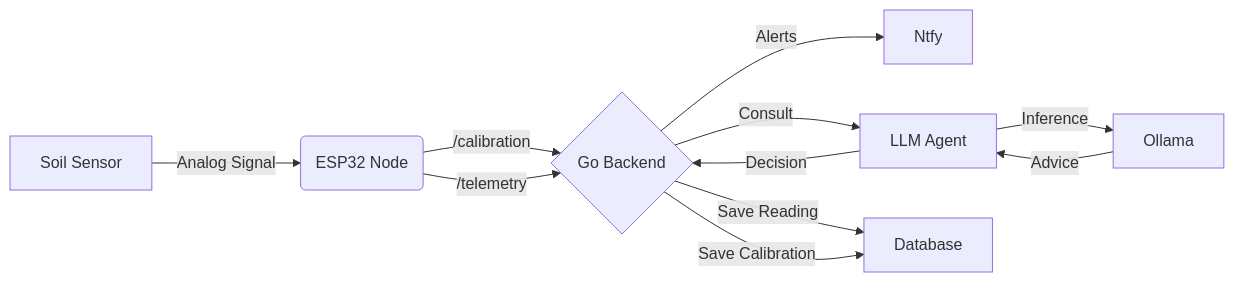
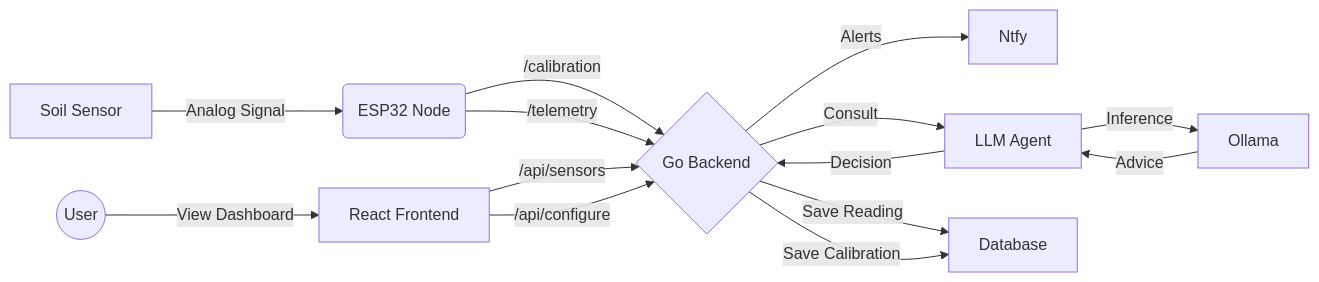
Before and after one commit to nick-moyer/seed-sentinel: the diagram in README.md, drawn with Mermaid. The commit also changed other lines of this file and 27 other files, not shown here.

````diff
--- a/README.md
+++ b/README.md
@@ -37,13 +38,18 @@
 ```mermaid
 graph LR
+    User((User)) -->|View Dashboard| H[React Frontend]
+
     A[Soil Sensor] -->|Analog Signal| B(ESP32 Node)
+
     B -->|/calibration| C{Go Backend}
     B -->|/telemetry| C{Go Backend}
     C -->|Alerts| D[Ntfy]
     C -->|Consult| E[LLM Agent]
     C -->|Save Reading| G[Database]
     C -->|Save Calibration| G[Database]
     E -->|Inference| F[Ollama]
     F -->|Advice| E
     E -->|Decision| C
+    H -->|/api/sensors| C
+    H -->|/api/configure| C
 ```
````
